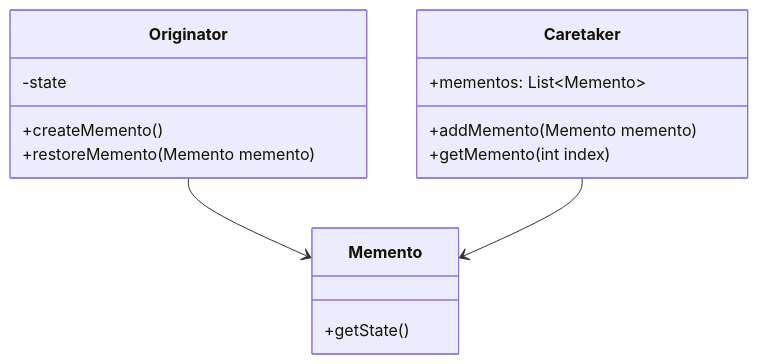
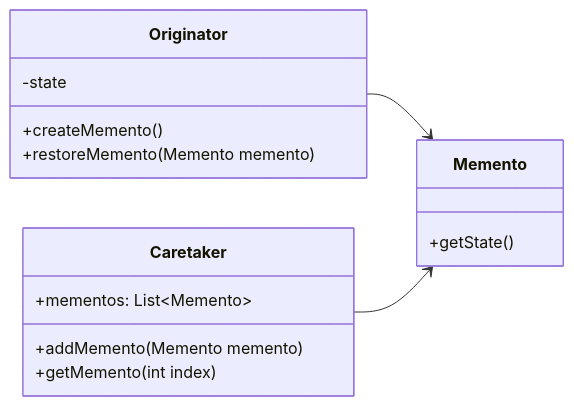
The diagram in src/behavioral/memento/README.md (juangcarmona/design-patterns), drawn with Mermaid before and after one commit.

Commit message:
Update README.md
Changed direction to increase readability

````diff
--- a/src/behavioral/memento/README.md
+++ b/src/behavioral/memento/README.md
@@ -8,21 +8,22 @@
 ```mermaid
 classDiagram
+direction LR
     class Memento {
         +getState()
     }
 
     class Originator {
         -state
         +createMemento()
         +restoreMemento(Memento memento)
     }
 
     class Caretaker {
         +mementos: List~Memento~
         +addMemento(Memento memento)
         +getMemento(int index)
     }
 
     Originator --> Memento
     Caretaker --> Memento
 ```
````
